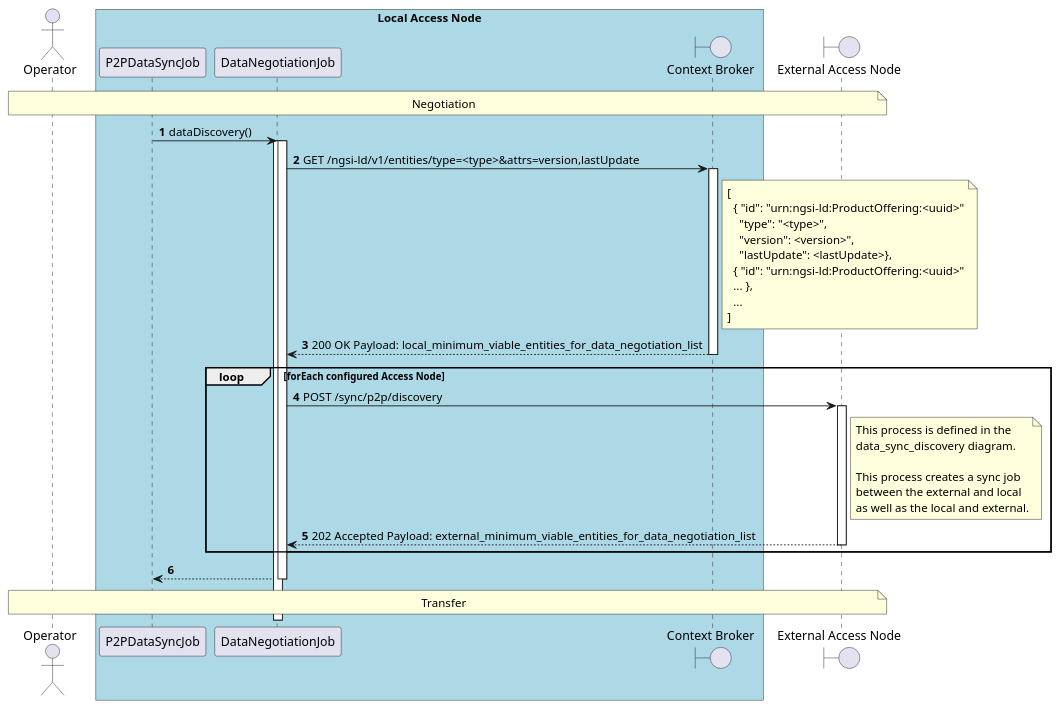
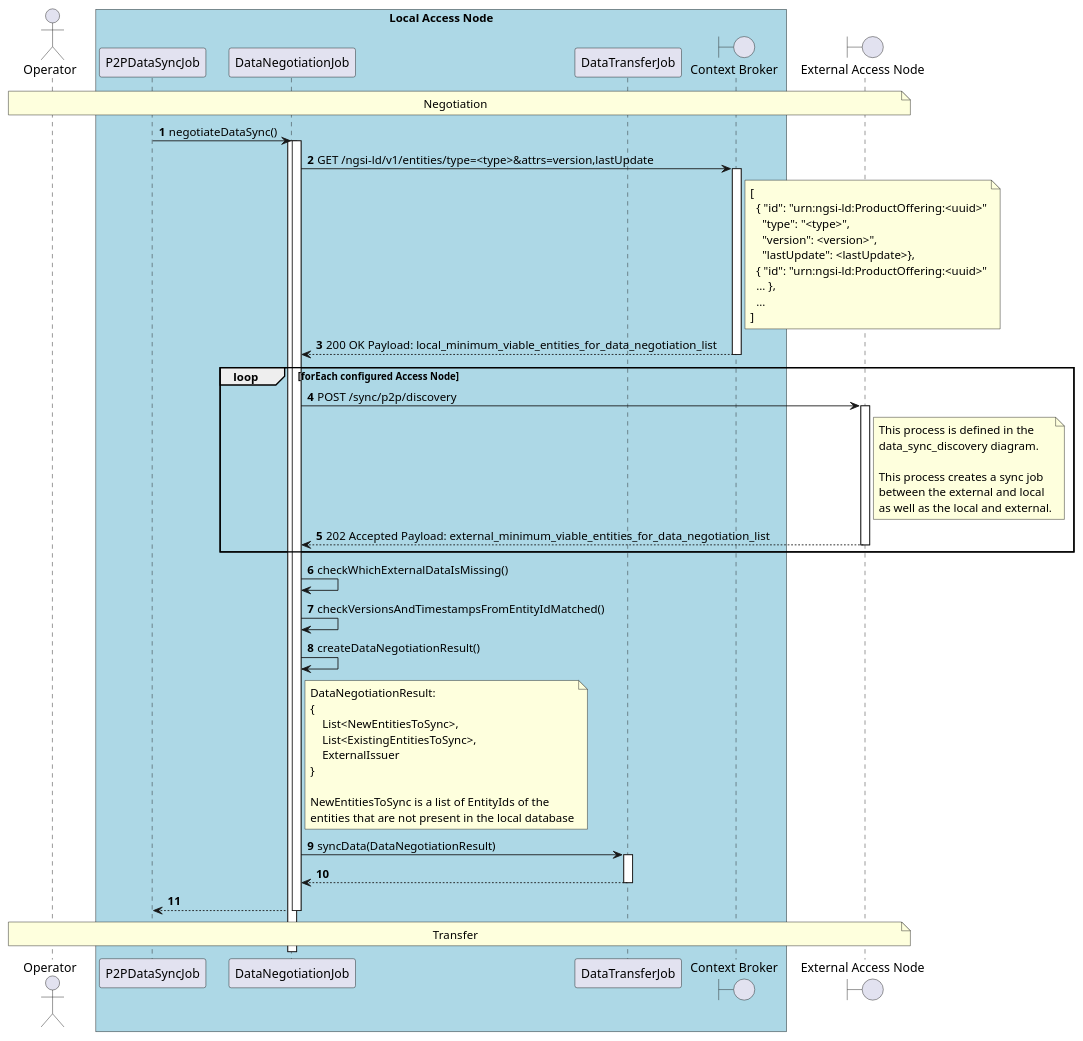
Before and after one commit to in2workspace/in2-guides: the diagram in desmos-tech-doc/diagrams/use-case-data-synchronization-3-negotiation.puml, drawn with PlantUML.

Commit message:
fix(data-syncronization): update local negotiation

```diff
--- a/desmos-tech-doc/diagrams/use-case-data-synchronization-3-negotiation.puml
+++ b/desmos-tech-doc/diagrams/use-case-data-synchronization-3-negotiation.puml
@@ -1,58 +1,77 @@
 @startuml
 'https://plantuml.com/sequence-diagram
 
 autonumber
 skinparam BoxPadding 10
 
 ' -------------------- Headers -------------------- '
 
 actor "Operator" as operator
 
 box "Local Access Node" #LightBlue
-    participant "P2PDataSyncJob" as p2p_data_sync_job
-    participant "DataNegotiationJob" as data_negotiation_job
+    participant "P2PDataSyncJob" as p2p_dsj
+    participant "DataNegotiationJob" as dnj
+    participant "DataTransferJob" as dtj
     boundary "Context Broker" as context_broker
 end box
 
 boundary "External Access Node" as external_access_node
 
 ' -------------------- Diagram -------------------- '
 
 note over operator, external_access_node
     Negotiation
 end note
 
-p2p_data_sync_job -> data_negotiation_job++: dataDiscovery()
-    activate data_negotiation_job
-    data_negotiation_job -> context_broker++: GET /ngsi-ld/v1/entities/type=<type>&attrs=version,lastUpdate
+p2p_dsj -> dnj++: negotiateDataSync()
+    activate dnj
+    dnj -> context_broker++: GET /ngsi-ld/v1/entities/type=<type>&attrs=version,lastUpdate
         note right of context_broker
           [
             { "id": "urn:ngsi-ld:ProductOffering:<uuid>"
               "type": "<type>",
               "version": <version>",
               "lastUpdate": <lastUpdate>},
             { "id": "urn:ngsi-ld:ProductOffering:<uuid>"
             ... },
             ...
           ]
         end note
     return 200 OK Payload: local_minimum_viable_entities_for_data_negotiation_list
 
     loop forEach configured Access Node
-        data_negotiation_job -> external_access_node++: POST /sync/p2p/discovery
+        dnj -> external_access_node++: POST /sync/p2p/discovery
             note right of external_access_node
                 This process is defined in the
                 data_sync_discovery diagram.
 
                 This process creates a sync job
                 between the external and local
                 as well as the local and external.
             end note
         return 202 Accepted Payload: external_minimum_viable_entities_for_data_negotiation_list
     end
+
+    dnj -> dnj: checkWhichExternalDataIsMissing()
+    dnj -> dnj: checkVersionsAndTimestampsFromEntityIdMatched()
+    dnj -> dnj: createDataNegotiationResult()
+    note right of dnj
+        DataNegotiationResult:
+        {
+            List<NewEntitiesToSync>,
+            List<ExistingEntitiesToSync>,
+            ExternalIssuer
+        }
+
+        NewEntitiesToSync is a list of EntityIds of the
+        entities that are not present in the local database
+    end note
+
+    dnj -> dtj++: syncData(DataNegotiationResult)
+    return
 return
 note over operator, external_access_node
     Transfer
 end note
 
 @enduml
```
